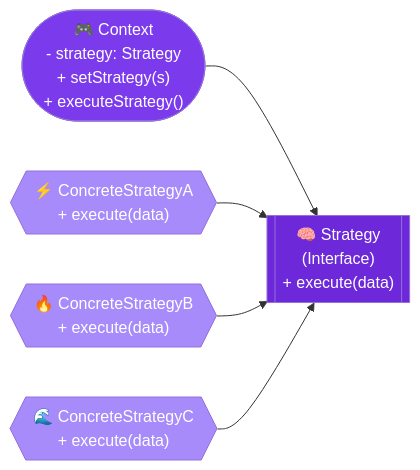
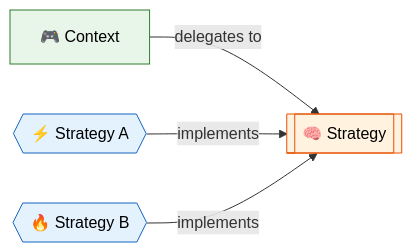
The second of 3 diagrams in docs/designpatterns/behaviouralDesignPatterns/StrategyDp.md (saivamsikaruturi/vamsilabs-dev-notes-main), drawn with Mermaid before and after one commit. The commit also changed other lines of this file and 42 other files, not shown here.

````diff
--- a/docs/designpatterns/behaviouralDesignPatterns/StrategyDp.md
+++ b/docs/designpatterns/behaviouralDesignPatterns/StrategyDp.md
@@ -31,19 +30,11 @@
 ```mermaid
 flowchart LR
-    Context(["🎮 Context\n- strategy: Strategy\n+ setStrategy(s)\n+ executeStrategy()"])
-    Strategy[["🧠 Strategy\n(Interface)\n+ execute(data)"]]
-    ConcreteA{{"⚡ ConcreteStrategyA\n+ execute(data)"}}
-    ConcreteB{{"🔥 ConcreteStrategyB\n+ execute(data)"}}
-    ConcreteC{{"🌊 ConcreteStrategyC\n+ execute(data)"}}
+    Context["🎮 Context"] -->|"delegates to"| Strategy[["🧠 Strategy"]]
+    ConcreteA{{"⚡ Strategy A"}} -->|"implements"| Strategy
+    ConcreteB{{"🔥 Strategy B"}} -->|"implements"| Strategy
 
-    Context --> Strategy
-    ConcreteA --> Strategy
-    ConcreteB --> Strategy
-    ConcreteC --> Strategy
-
-    style Context fill:#7c3aed,color:#fff
-    style Strategy fill:#6d28d9,color:#fff
-    style ConcreteA fill:#a78bfa,color:#fff
-    style ConcreteB fill:#a78bfa,color:#fff
-    style ConcreteC fill:#a78bfa,color:#fff
+    style Context fill:#E8F5E9,stroke:#2E7D32,color:#000
+    style Strategy fill:#FFF3E0,stroke:#E65100,color:#000
+    style ConcreteA fill:#E3F2FD,stroke:#1565C0,color:#000
+    style ConcreteB fill:#E3F2FD,stroke:#1565C0,color:#000
 ```
````
